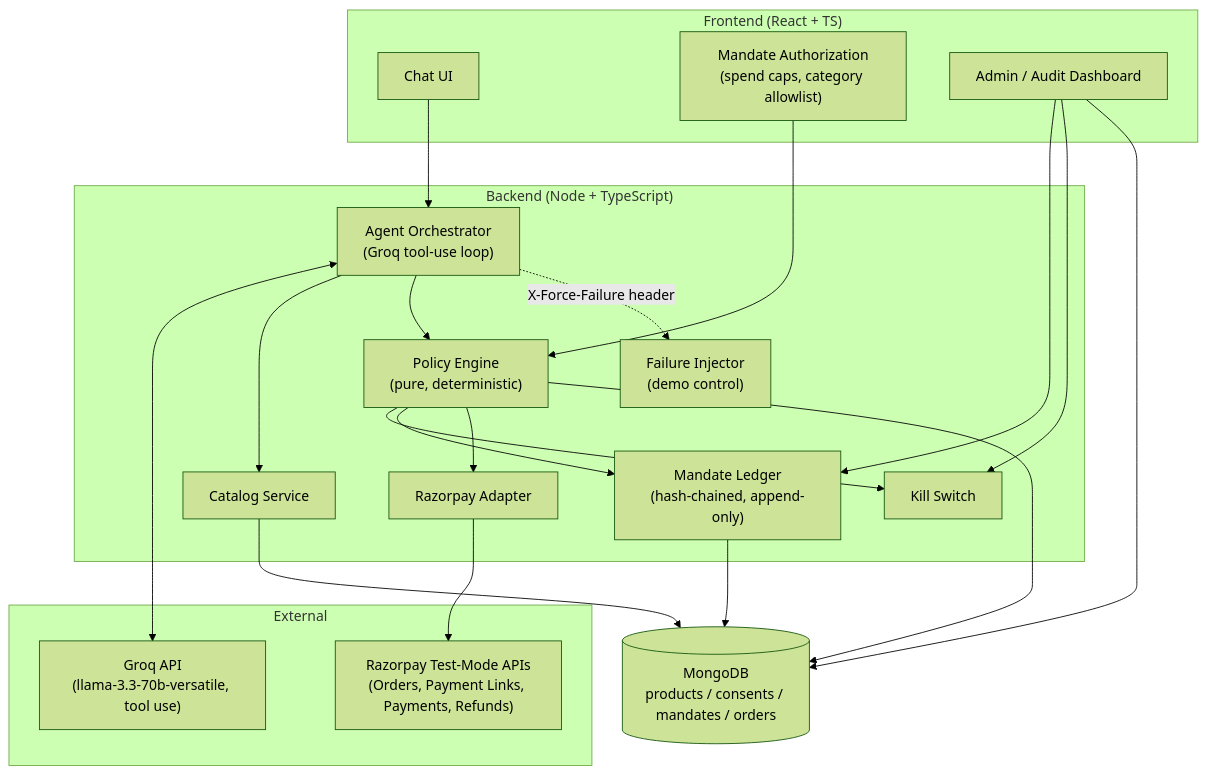
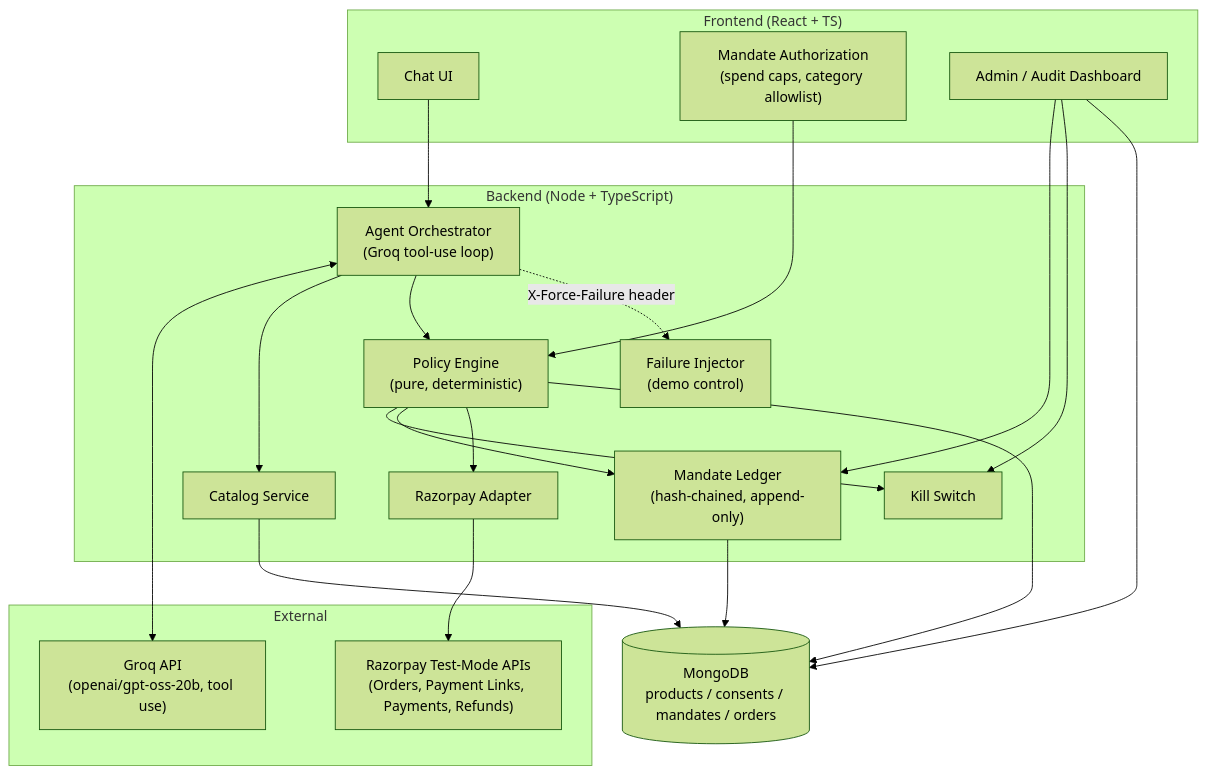
One commit to Madhxvvvv/RazorpayBuild changed the first of 2 diagrams in README.md. Above: the diagram before and after it, drawn with Mermaid (forest theme). The commit also changed other lines of this file and 10 other files, not shown here.

````diff
--- a/README.md
+++ b/README.md
@@ -13,42 +13,42 @@
 ```mermaid
 flowchart TB
     subgraph Client["Frontend (React + TS)"]
         Chat["Chat UI"]
         Consent["Mandate Authorization<br/>(spend caps, category allowlist)"]
         Admin["Admin / Audit Dashboard"]
     end
 
     subgraph Backend["Backend (Node + TypeScript)"]
         Orch["Agent Orchestrator<br/>(Groq tool-use loop)"]
         Policy["Policy Engine<br/>(pure, deterministic)"]
         Ledger["Mandate Ledger<br/>(hash-chained, append-only)"]
         Catalog["Catalog Service"]
         RPAdapter["Razorpay Adapter"]
         FailInj["Failure Injector<br/>(demo control)"]
         KillSwitch["Kill Switch"]
     end
 
     subgraph External
         RP["Razorpay Test-Mode APIs<br/>(Orders, Payment Links, Payments, Refunds)"]
-        LLM["Groq API<br/>(llama-3.3-70b-versatile, tool use)"]
+        LLM["Groq API<br/>(openai/gpt-oss-20b, tool use)"]
     end
 
     DB[(MongoDB<br/>products / consents / mandates / orders)]
 
     Chat --> Orch
     Consent --> Policy
     Orch <--> LLM
     Orch --> Catalog
     Orch --> Policy
     Orch -.->|X-Force-Failure header| FailInj
     Policy --> KillSwitch
     Policy --> Ledger
     Policy --> RPAdapter
     RPAdapter --> RP
     Ledger --> DB
     Catalog --> DB
     Policy --> DB
     Admin --> Ledger
     Admin --> KillSwitch
     Admin --> DB
 ```
````
